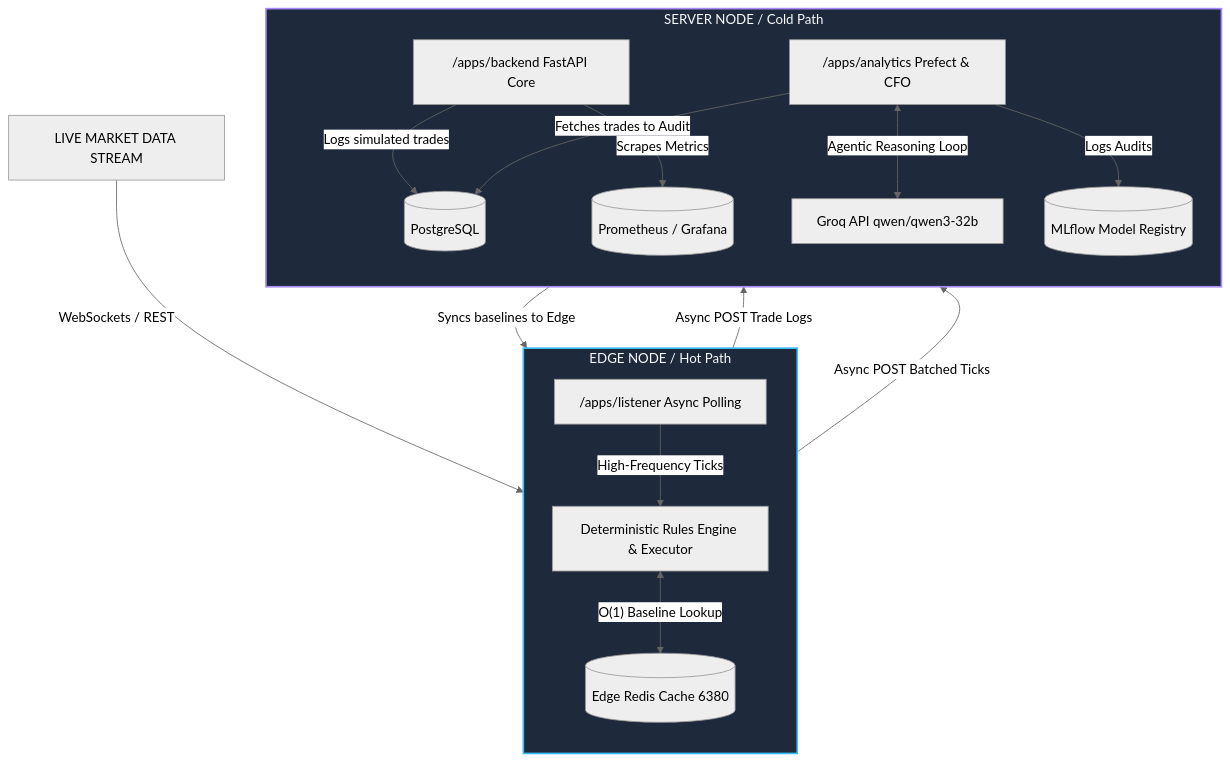
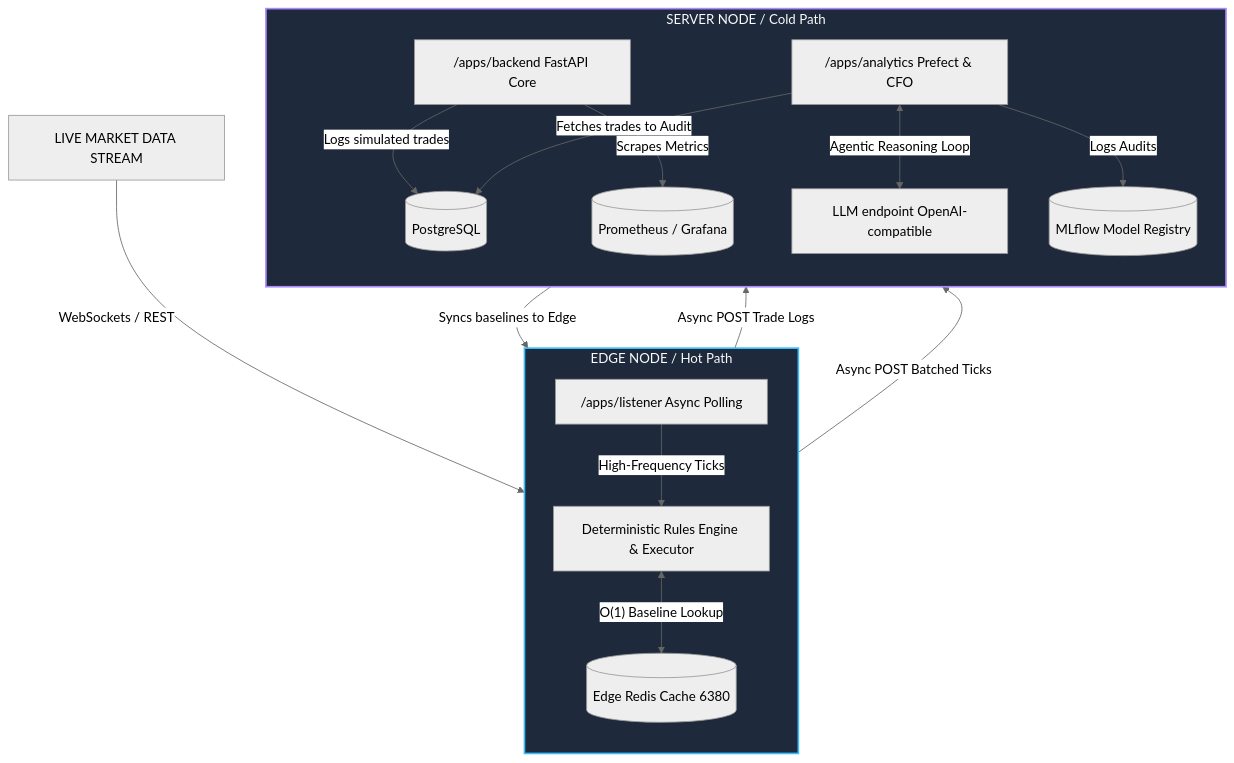
Before and after one commit to Criseda/brand-sniper-monorepo: the diagram in docs/architecture.md, drawn with Mermaid (neutral theme). The commit also changed other lines of this file and 14 other files, not shown here.

First line of the commit message:
feat(analytics): provider-neutral OpenAI-compatible LLM config for CFO (#223)

````diff
--- a/docs/architecture.md
+++ b/docs/architecture.md
@@ -11,44 +11,44 @@
 ```mermaid
 flowchart TD
     classDef edgeNode fill:#1E293B,stroke:#38BDF8,stroke-width:2px,color:#F8FAFC
     classDef computeNode fill:#1E293B,stroke:#A78BFA,stroke-width:2px,color:#F8FAFC
     classDef dataStore fill:#334155,stroke:#94A3B8,stroke-width:1px,color:#E2F0F8
     classDef process fill:#0F172A,stroke:#64748B,stroke-width:1px,color:#E2F0F8,shape:rect
     classDef alert fill:#7F1D1D,stroke:#FCA5A5,stroke-width:2px,color:#FEE2E2
 
     Market[LIVE MARKET DATA STREAM]
 
     subgraph Edge[EDGE NODE / Hot Path]
         direction TB
         Listener["/apps/listener Async Polling"]
         DRE["Deterministic Rules Engine & Executor"]
         EdgeRedis[(Edge Redis Cache 6380)]
 
         Listener -->|High-Frequency Ticks| DRE
         DRE <-->|"O(1) Baseline Lookup"| EdgeRedis
     end
     Edge:::edgeNode
 
     Market -->|WebSockets / REST| Listener
 
     subgraph Compute[SERVER NODE / Cold Path]
         direction TB
         Backend["/apps/backend FastAPI Core"]
         Analytics["/apps/analytics Prefect & CFO"]
         Postgres[(PostgreSQL)]
         Prometheus[(Prometheus / Grafana)]
         MLflow[(MLflow Model Registry)]
-        Groq[Groq API qwen/qwen3-32b]
+        LLM[LLM endpoint OpenAI-compatible]
 
         Backend -->|Logs simulated trades| Postgres
         Backend -->|Scrapes Metrics| Prometheus
         Analytics -->|Fetches trades to Audit| Postgres
-        Analytics <-->|"Agentic Reasoning Loop"| Groq
+        Analytics <-->|"Agentic Reasoning Loop"| LLM
         Analytics -->|Logs Audits| MLflow
         Analytics -->|Syncs baselines to Edge| EdgeRedis
     end
     Compute:::computeNode
 
     DRE -->|Async POST Trade Logs| Backend
     Listener -->|Async POST Batched Ticks| Backend
 ```
````
